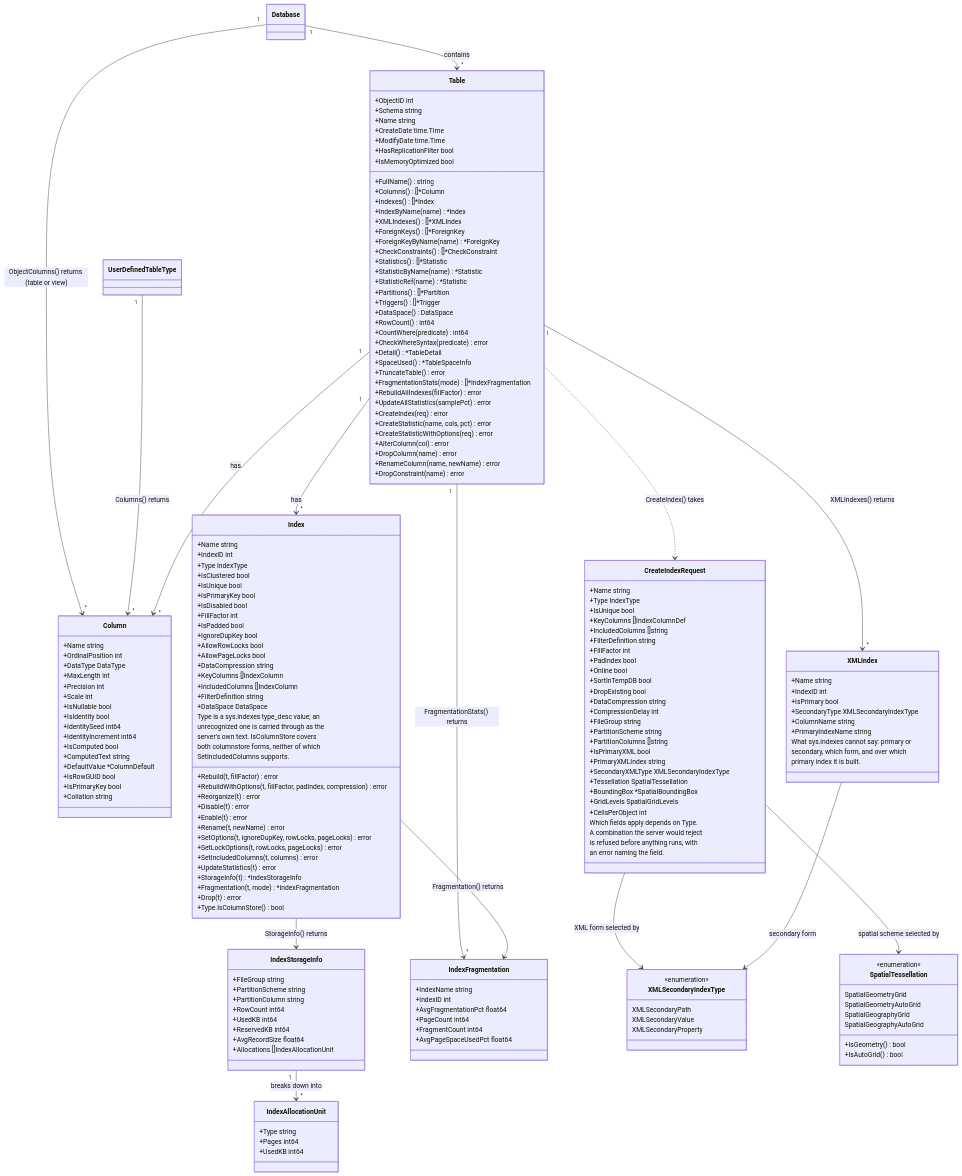
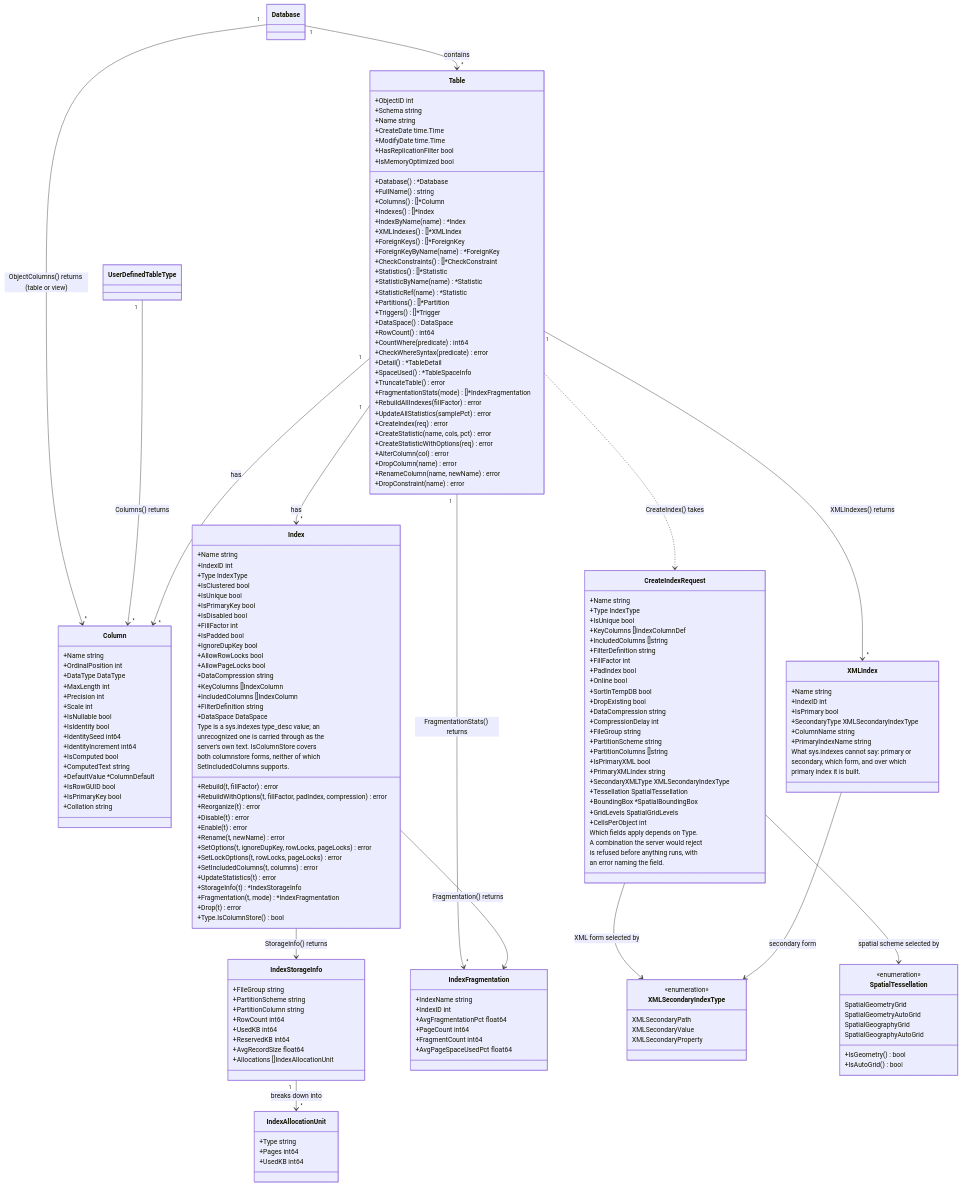
Before and after one commit to radix29/gosmo: the diagram in diagram/10-tables-and-indexes.mmd, drawn with Mermaid. The commit also changed 10 other files, not shown here.

Commit message:
Enhance architecture documentation and update diagrams to reflect new parent back-pointer relationships; add Service Broker features and improve changelog and release notes for clarity and completeness.

```diff
--- a/diagram/10-tables-and-indexes.mmd
+++ b/diagram/10-tables-and-indexes.mmd
@@ -12,6 +12,7 @@
         +ModifyDate time.Time
         +HasReplicationFilter bool
         +IsMemoryOptimized bool
+        +Database() *Database
         +FullName() string
         +Columns() []*Column
         +Indexes() []*Index
```
